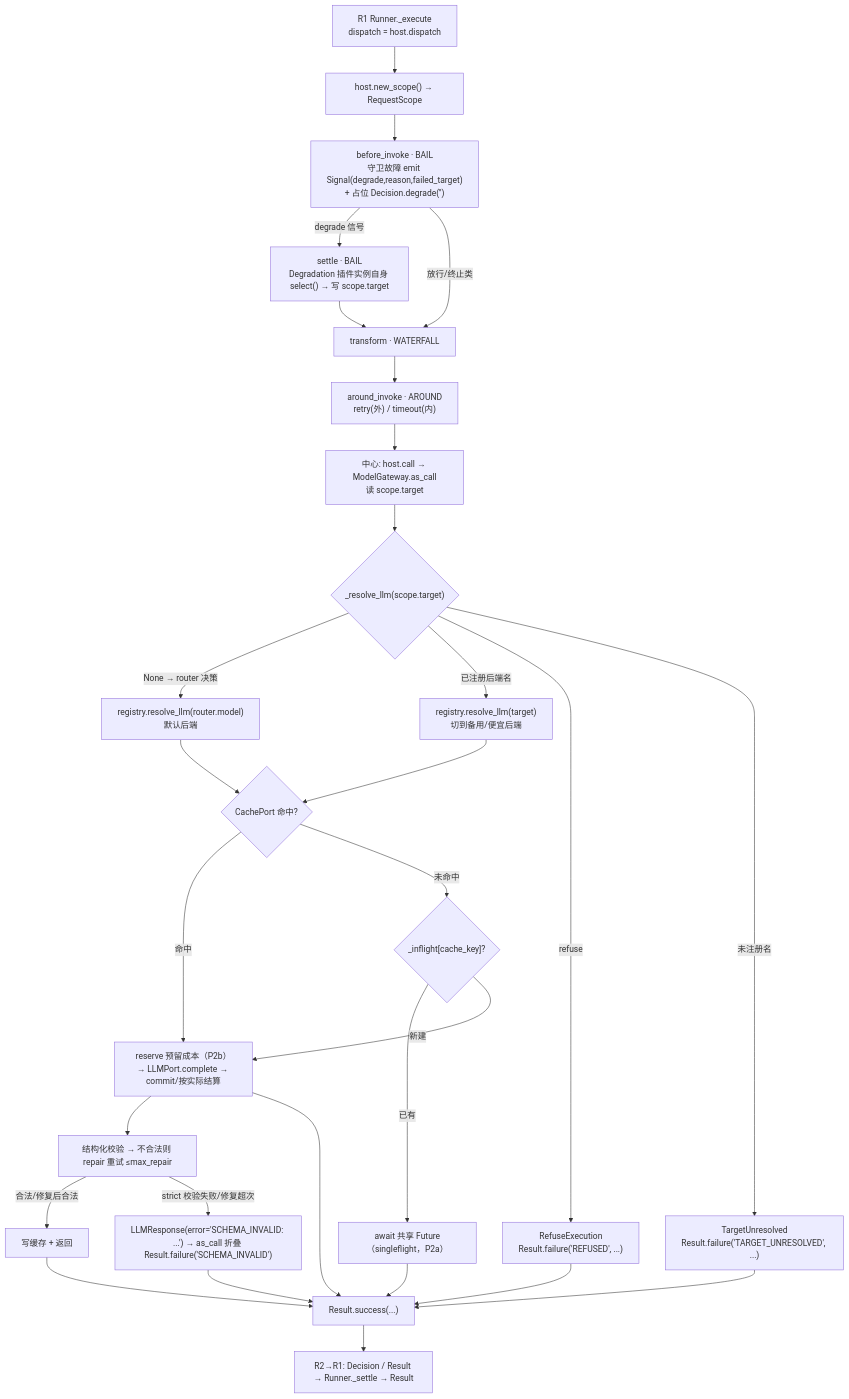
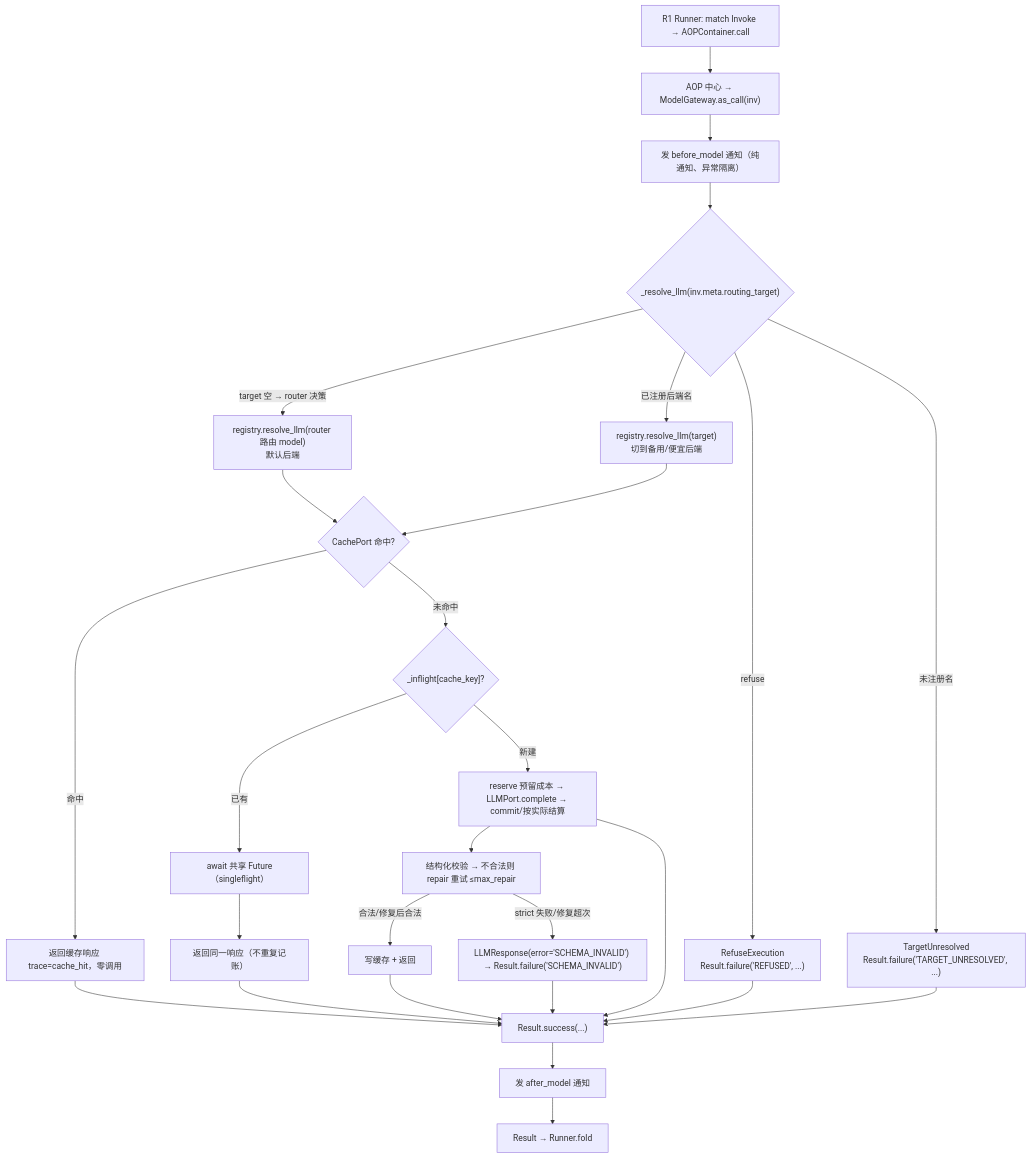
Before and after one commit to sao-lang/lll: the diagram in docs/02-模块详设/Agent/R4-模型与推理.md, drawn with Mermaid. The commit also changed other lines of this file and 127 other files, not shown here.

````diff
--- a/docs/02-模块详设/Agent/R4-模型与推理.md
+++ b/docs/02-模块详设/Agent/R4-模型与推理.md
@@ -93,31 +86,29 @@
 ```mermaid
 flowchart TD
-    A["R1 Runner._execute<br/>dispatch = host.dispatch"] --> B["host.new_scope() → RequestScope"]
-    B --> C["before_invoke · BAIL<br/>守卫故障 emit Signal(degrade,reason,failed_target)<br/>+ 占位 Decision.degrade('')"]
-    C -->|degrade 信号| S["settle · BAIL<br/>Degradation 插件实例自身 select() → 写 scope.target"]
-    C -->|放行/终止类| D["transform · WATERFALL"]
-    S --> D
-    D --> E["around_invoke · AROUND<br/>retry(外) / timeout(内)"]
-    E --> F["中心: host.call → ModelGateway.as_call<br/>读 scope.target"]
-    F --> G{"_resolve_llm(scope.target)"}
-    G -->|"None → router 决策"| H["registry.resolve_llm(router.model)<br/>默认后端"]
-    G -->|"已注册后端名"| I["registry.resolve_llm(target)<br/>切到备用/便宜后端"]
-    G -->|"refuse"| J["RefuseExecution<br/>Result.failure('REFUSED', ...)"]
-    G -->|"未注册名"| K["TargetUnresolved<br/>Result.failure('TARGET_UNRESOLVED', ...)"]
+    A["R1 Runner: match Invoke → AOPContainer.call"] --> B["AOP 中心 → ModelGateway.as_call(inv)"]
+    B --> BEFORE["发 before_model 通知（纯通知、异常隔离）"]
+    BEFORE --> T{"_resolve_llm(inv.meta.routing_target)"}
+    T -->|"target 空 → router 决策"| H["registry.resolve_llm(router 路由 model)<br/>默认后端"]
+    T -->|"已注册后端名"| I["registry.resolve_llm(target)<br/>切到备用/便宜后端"]
+    T -->|"refuse"| J["RefuseExecution<br/>Result.failure('REFUSED', ...)"]
+    T -->|"未注册名"| K["TargetUnresolved<br/>Result.failure('TARGET_UNRESOLVED', ...)"]
     H --> L{"CachePort 命中?"}
     I --> L
-    L -->|命中| M["返回缓存响应<br/>trace=cache_hit，零调用"]
+    L -->|命中| M["返回缓存响应 trace=cache_hit，零调用"]
     L -->|未命中| SF{"_inflight[cache_key]?"}
-    SF -->|已有| WAIT["await 共享 Future（singleflight，P2a）"]
-    SF -->|新建| M["reserve 预留成本（P2b）→ LLMPort.complete → commit/按实际结算"]
-    M --> O["结构化校验 → 不合法则 repair 重试 ≤max_repair"]
+    SF -->|已有| WAIT["await 共享 Future（singleflight）"]
+    SF -->|新建| M2["reserve 预留成本 → LLMPort.complete → commit/按实际结算"]
+    M2 --> O["结构化校验 → 不合法则 repair 重试 ≤max_repair"]
     WAIT --> R["返回同一响应（不重复记账）"]
     O -->|合法/修复后合法| P["写缓存 + 返回"]
-    O -->|"strict 校验失败/修复超次"| Q["LLMResponse(error='SCHEMA_INVALID: ...') → as_call 折叠 Result.failure('SCHEMA_INVALID')"]
-    M --> R["Result.success(...)"]
-    P --> R
-    J --> R
-    K --> R
-    Q --> R
-    R --> Z["R2→R1: Decision / Result → Runner._settle → Result"]
+    O -->|"strict 失败/修复超次"| Q["LLMResponse(error='SCHEMA_INVALID') → Result.failure('SCHEMA_INVALID')"]
+    M --> R2["Result.success(...)"]
+    P --> R2
+    M2 --> R2
+    Q --> R2
+    J --> R2
+    K --> R2
+    R --> R2
+    R2 --> AFTER["发 after_model 通知"]
+    AFTER --> Z["Result → Runner.fold"]
 ```
````
